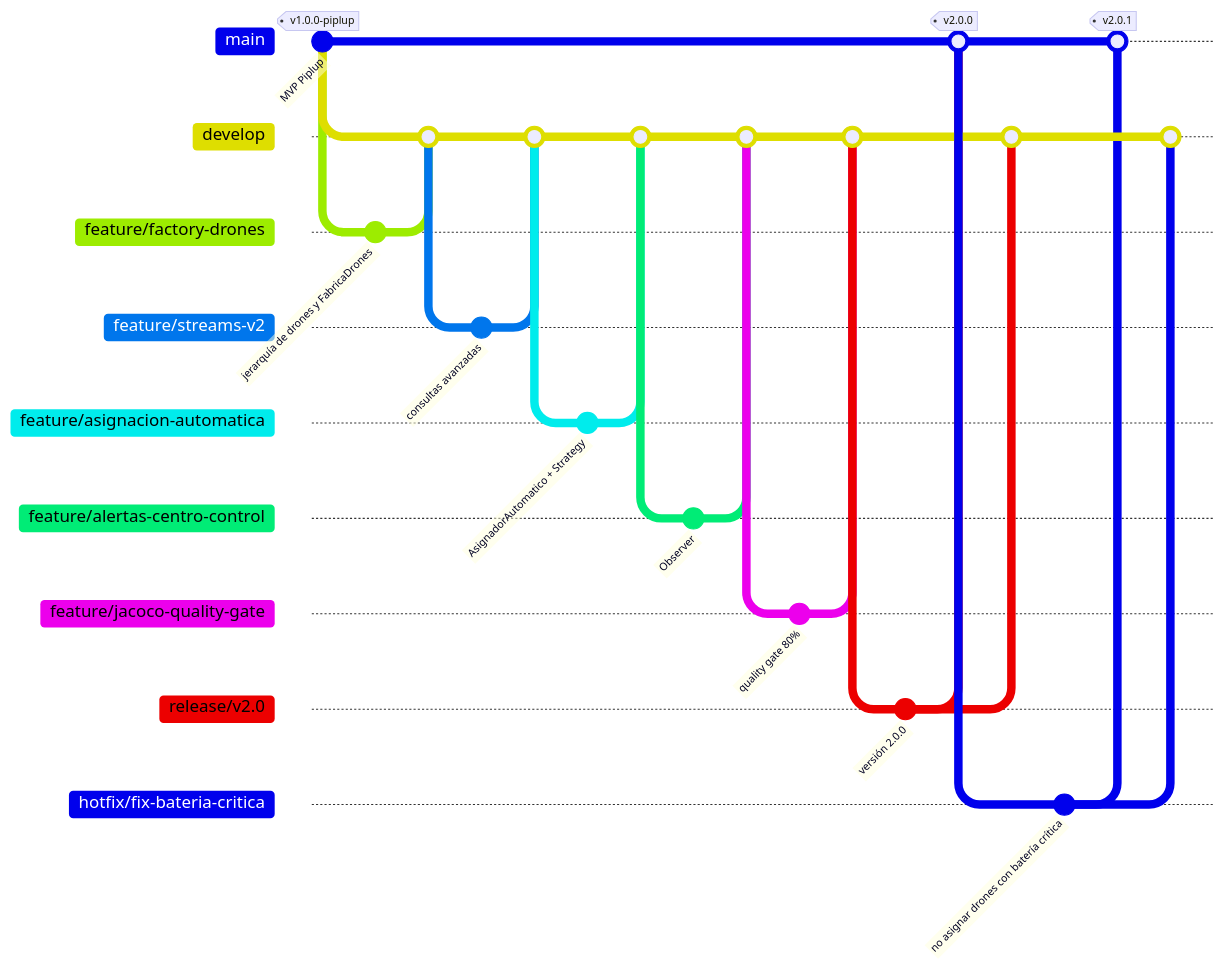
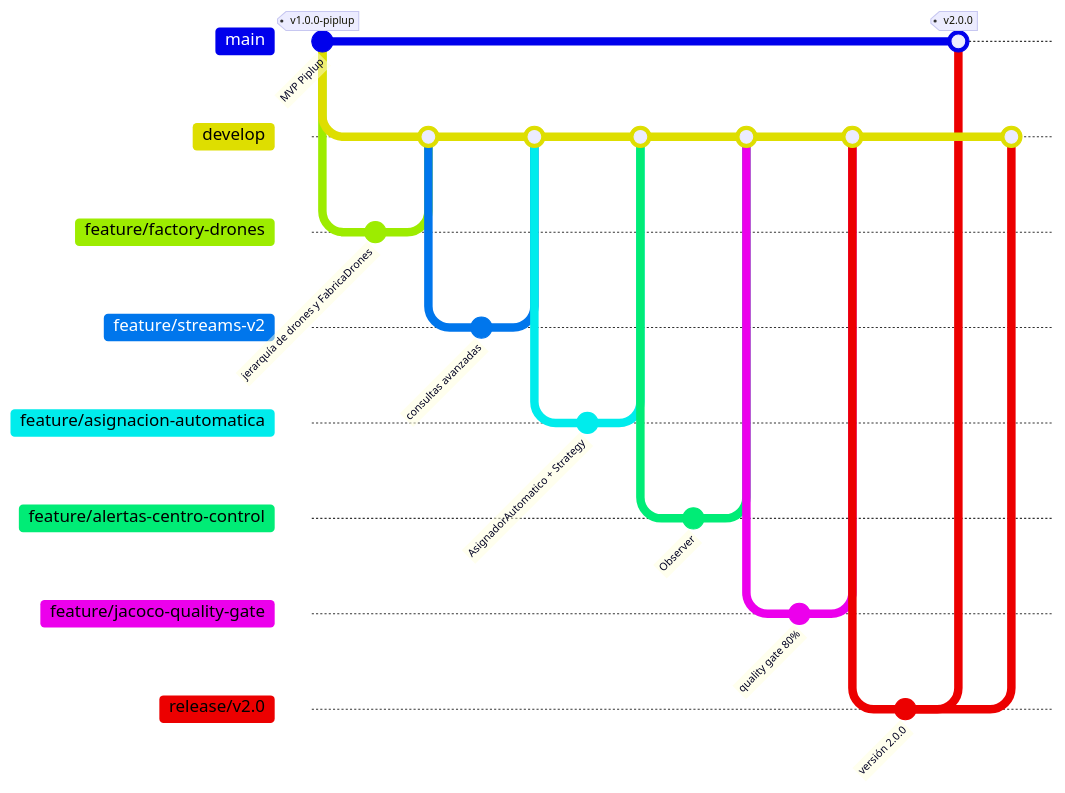
One commit to cristianmorenor/aquaport changed the diagram in README.md. Above: the diagram before and after it, drawn with Mermaid. The commit also changed other lines of this file and 1 other file, not shown here.

Commit message:
chore: preparar versión 2.0.0

````diff
--- a/README.md
+++ b/README.md
@@ -66,39 +66,32 @@
 ```mermaid
 gitGraph
     commit id: "MVP Piplup" tag: "v1.0.0-piplup"
     branch develop
     checkout develop
     branch feature/factory-drones
     commit id: "jerarquía de drones y FabricaDrones"
     checkout develop
     merge feature/factory-drones
     branch feature/streams-v2
     commit id: "consultas avanzadas"
     checkout develop
     merge feature/streams-v2
     branch feature/asignacion-automatica
     commit id: "AsignadorAutomatico + Strategy"
     checkout develop
     merge feature/asignacion-automatica
     branch feature/alertas-centro-control
     commit id: "Observer"
     checkout develop
     merge feature/alertas-centro-control
     branch feature/jacoco-quality-gate
     commit id: "quality gate 80%"
     checkout develop
     merge feature/jacoco-quality-gate
     branch release/v2.0
     commit id: "versión 2.0.0"
     checkout main
     merge release/v2.0 tag: "v2.0.0"
     checkout develop
     merge release/v2.0
-    checkout main
-    branch hotfix/fix-bateria-critica
-    commit id: "no asignar drones con batería crítica"
-    checkout main
-    merge hotfix/fix-bateria-critica tag: "v2.0.1"
-    checkout develop
-    merge hotfix/fix-bateria-critica
 ```
````
